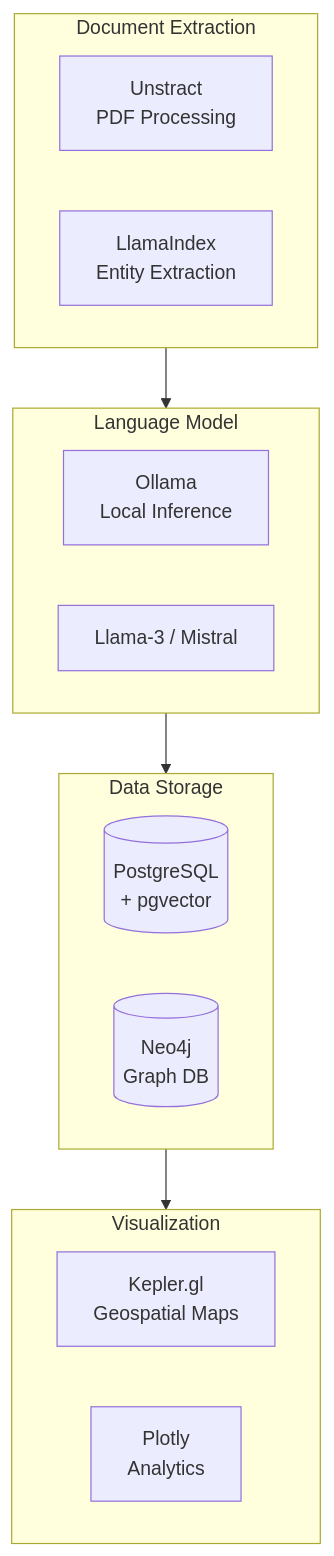
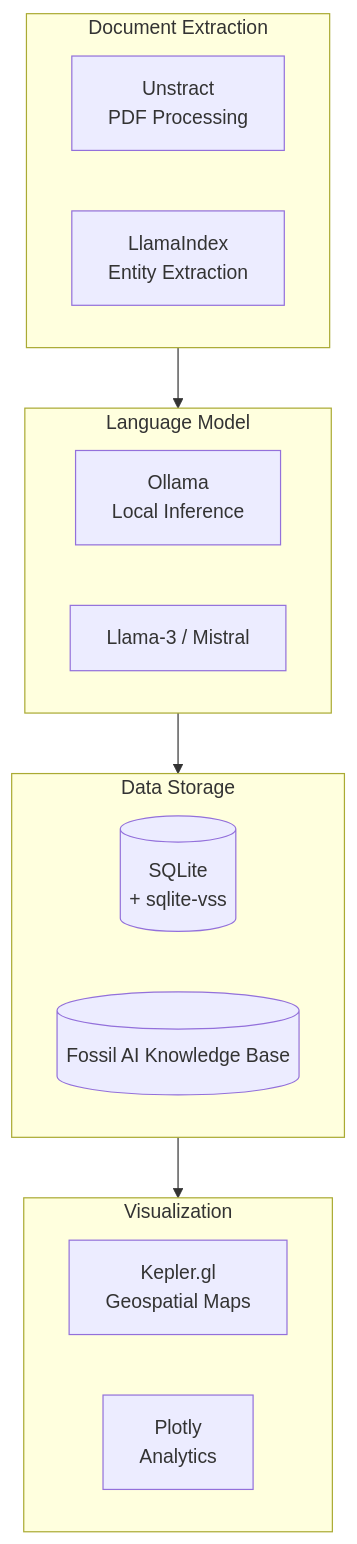
Before and after one commit to BenSiv/filament: the diagram in docs/tech_stack.md, drawn with Mermaid. The commit also changed other lines of this file and 10 other files, not shown here.

Commit message:
Add fossil roadmap, docs, and ingestion hardening

````diff
--- a/docs/tech_stack.md
+++ b/docs/tech_stack.md
@@ -7,26 +7,26 @@
 ```mermaid
 flowchart TB
     subgraph Extraction["Document Extraction"]
         Unstract[Unstract<br/>PDF Processing]
         LlamaIndex[LlamaIndex<br/>Entity Extraction]
     end
     
     subgraph LLM["Language Model"]
         Ollama[Ollama<br/>Local Inference]
         Models[Llama-3 / Mistral]
     end
     
     subgraph Database["Data Storage"]
-        PG[(PostgreSQL<br/>+ pgvector)]
-        Neo[(Neo4j<br/>Graph DB)]
+        SQLite[(SQLite<br/>+ sqlite-vss)]
+        Fossil[(Fossil AI Knowledge Base)]
     end
     
     subgraph Viz["Visualization"]
         Kepler[Kepler.gl<br/>Geospatial Maps]
         Plotly[Plotly<br/>Analytics]
     end
     
     Extraction --> LLM
     LLM --> Database
     Database --> Viz
 ```
````
